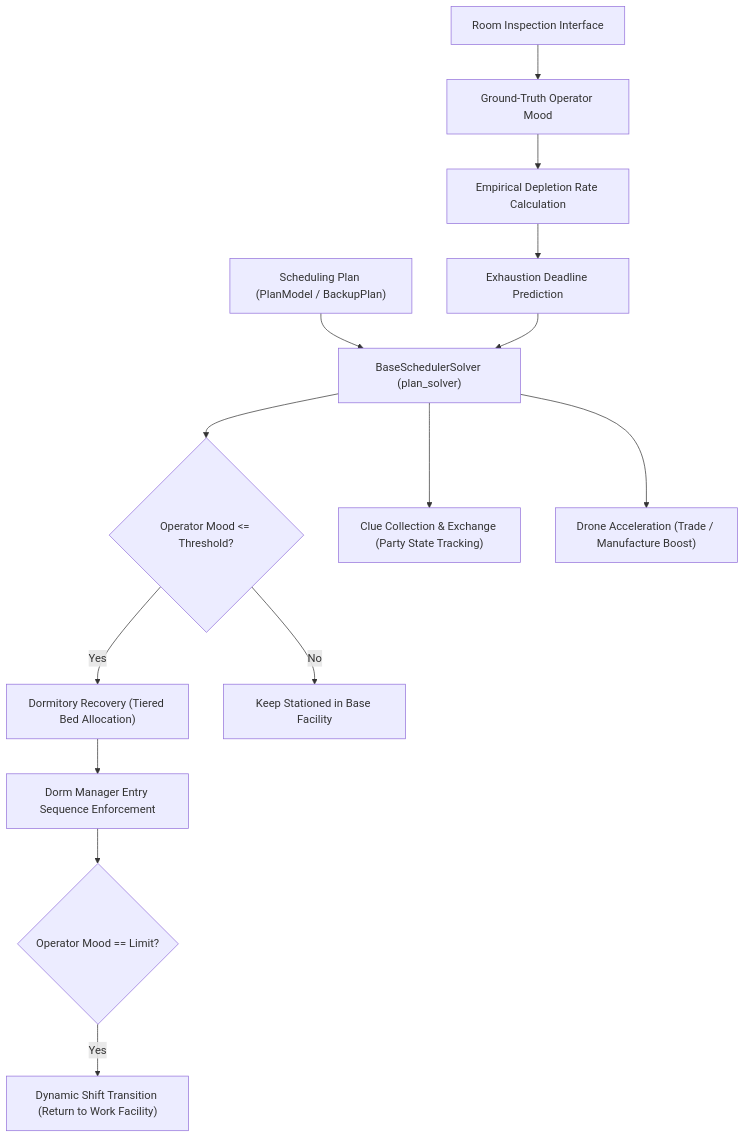
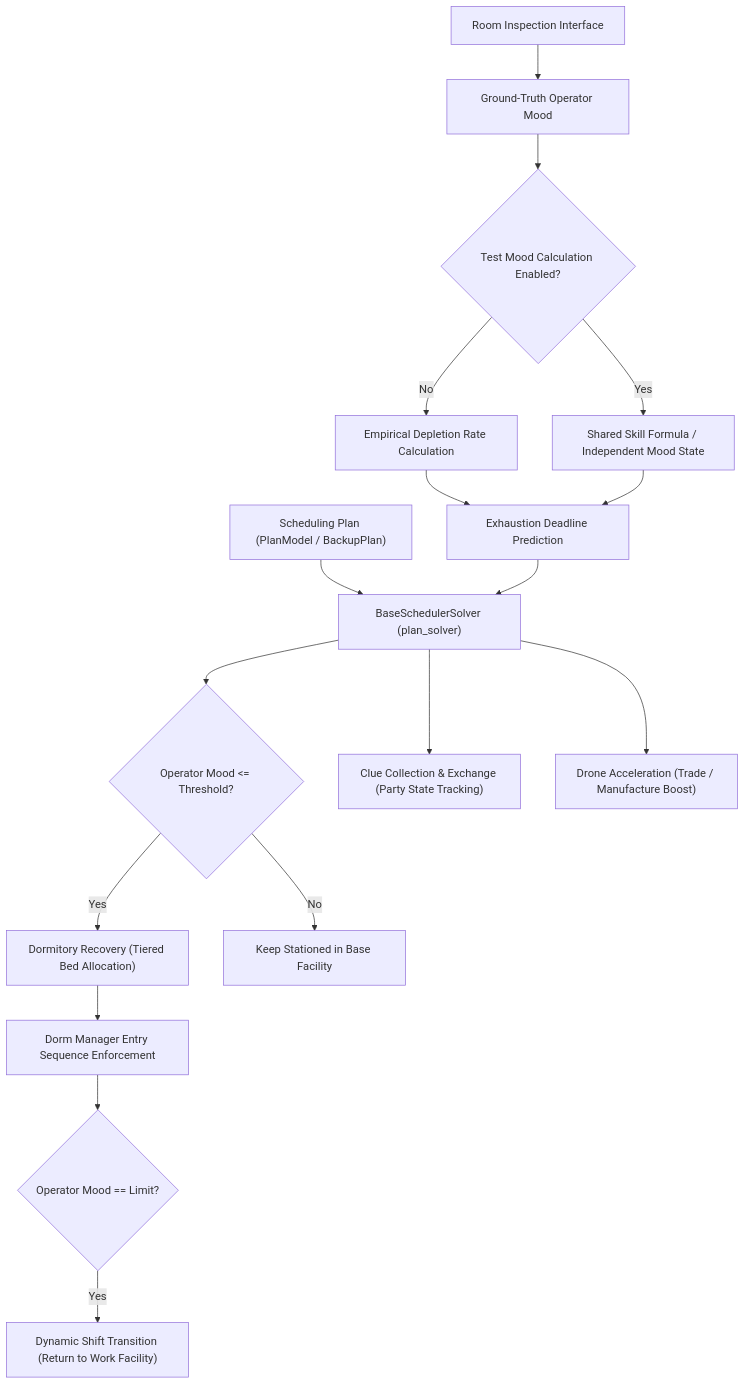
The diagram in docs/subsystems/base-scheduler.md (ArkMowers/arknights-mower), drawn with Mermaid before and after one commit. The commit also changed other lines of this file and 47 other files, not shown here.

````diff
--- a/docs/subsystems/base-scheduler.md
+++ b/docs/subsystems/base-scheduler.md
@@ -36,19 +36,22 @@
 ```mermaid
 flowchart TD
     Plan["Scheduling Plan (PlanModel / BackupPlan)"] --> Engine["BaseSchedulerSolver (plan_solver)"]
     Inspect["Room Inspection Interface"] --> GroundTruth["Ground-Truth Operator Mood"]
-    GroundTruth --> RateCalc["Empirical Depletion Rate Calculation"]
+    GroundTruth --> MoodMode{"Test Mood Calculation Enabled?"}
+    MoodMode -->|No| RateCalc["Empirical Depletion Rate Calculation"]
+    MoodMode -->|Yes| SkillCalc["Shared Skill Formula / Independent Mood State"]
     RateCalc --> Predictor["Exhaustion Deadline Prediction"]
+    SkillCalc --> Predictor
     Predictor --> Engine
 
     Engine --> DormCheck{"Operator Mood <= Threshold?"}
     DormCheck -->|Yes| DormAlloc["Dormitory Recovery (Tiered Bed Allocation)"]
     DormCheck -->|No| WorkStation["Keep Stationed in Base Facility"]
 
     DormAlloc --> ManagerOrder["Dorm Manager Entry Sequence Enforcement"]
     ManagerOrder --> RestDone{"Operator Mood == Limit?"}
     RestDone -->|Yes| ShiftTransition["Dynamic Shift Transition (Return to Work Facility)"]
 
     Engine --> ClueModule["Clue Collection & Exchange (Party State Tracking)"]
     Engine --> DroneModule["Drone Acceleration (Trade / Manufacture Boost)"]
 ```
````
